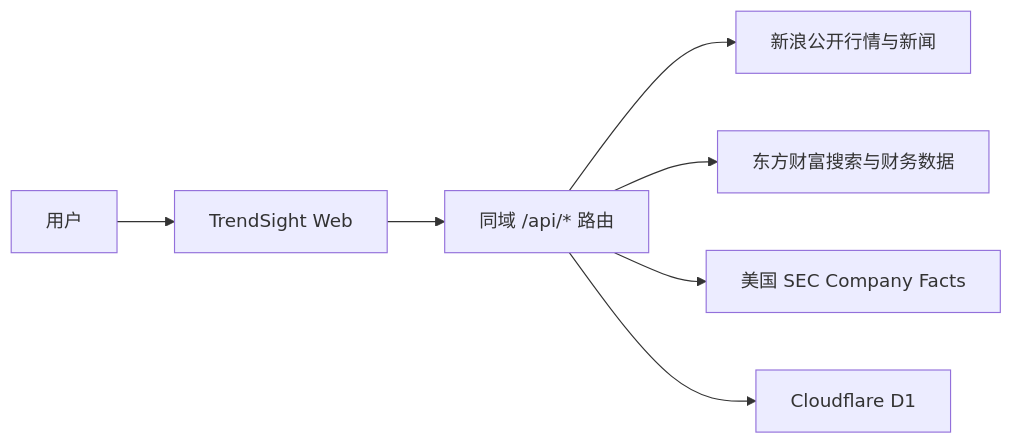
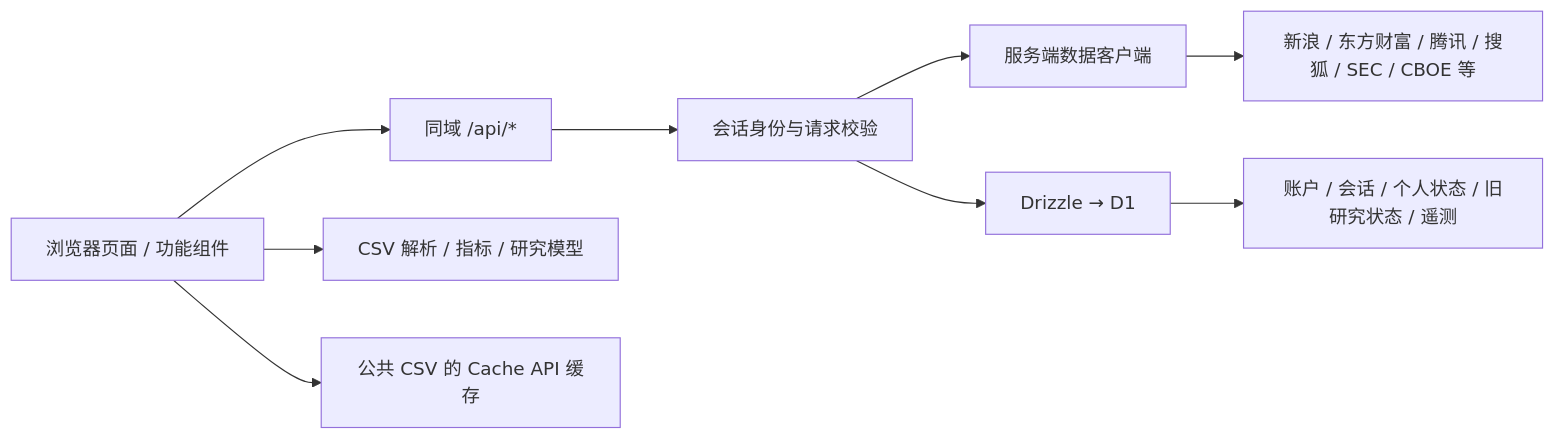
One commit to weipeng-srz/TransactionData changed the diagram in docs/architecture.md. Above: the diagram before and after it, drawn with Mermaid. The commit also changed other lines of this file and 57 other files, not shown here.

````diff
--- a/docs/architecture.md
+++ b/docs/architecture.md
@@ -7,9 +20,11 @@
 ```mermaid
 flowchart LR
-    U["用户"] --> W["TrendSight Web"]
-    W --> API["同域 /api/* 路由"]
-    API --> S["新浪公开行情与新闻"]
-    API --> E["东方财富搜索与财务数据"]
-    API --> SEC["美国 SEC Company Facts"]
-    API --> D1["Cloudflare D1"]
+    UI["浏览器页面 / 功能组件"] --> API["同域 /api/*"]
+    UI --> MODEL["CSV 解析 / 指标 / 研究模型"]
+    UI --> CACHE["公共 CSV 的 Cache API 缓存"]
+    API --> AUTH["会话身份与请求校验"]
+    AUTH --> CLIENT["服务端数据客户端"]
+    CLIENT --> SOURCES["新浪 / 东方财富 / 腾讯 / 搜狐 / SEC / CBOE 等"]
+    AUTH --> DB["Drizzle → D1"]
+    DB --> STATE["账户 / 会话 / 个人状态 / 旧研究状态 / 遥测"]
 ```
````
